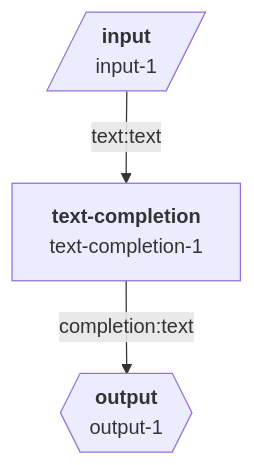
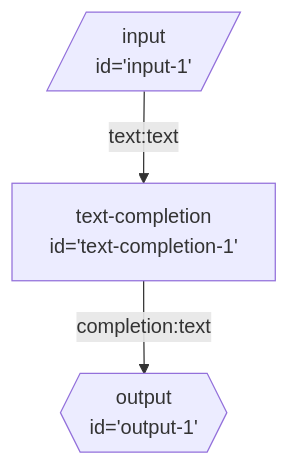
Before and after one commit to breadboard-ai/breadboard: the diagram in seeds/graph-playground/docs/graphs/simplest.md, drawn with Mermaid. The commit also changed 11 other files, not shown here.

First line of the commit message:
[graph-playground] A bit more style tweaking.

````diff
--- a/seeds/graph-playground/docs/graphs/simplest.md
+++ b/seeds/graph-playground/docs/graphs/simplest.md
@@ -4,9 +4,9 @@
 ```mermaid
 graph TD;
-input-1[/"`**input**
-input-1`"/]:::input -- text:text --> text-completion-1["`**text-completion**
-text-completion-1`"]
-text-completion-1["`**text-completion**
-text-completion-1`"] -- completion:text --> output-1{{"`**output**
-output-1`"}}:::output
+input-1[/"input
+id='input-1'"/]:::input -- text:text --> text-completion-1["text-completion
+id='text-completion-1'"]
+text-completion-1["text-completion
+id='text-completion-1'"] -- completion:text --> output-1{{"output
+id='output-1'"}}:::output
 ```
````
